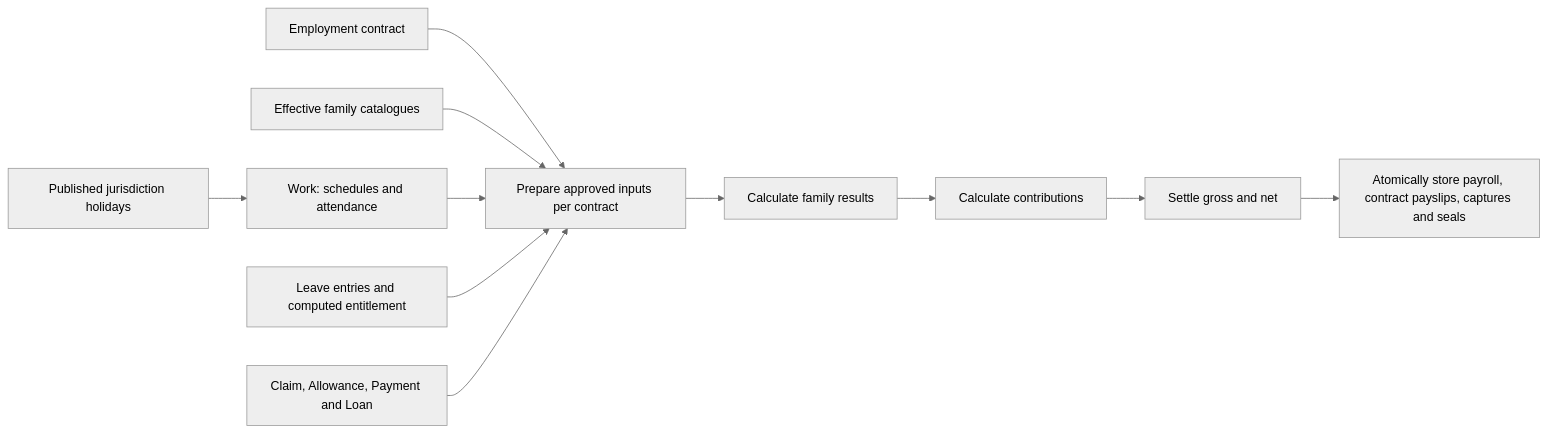
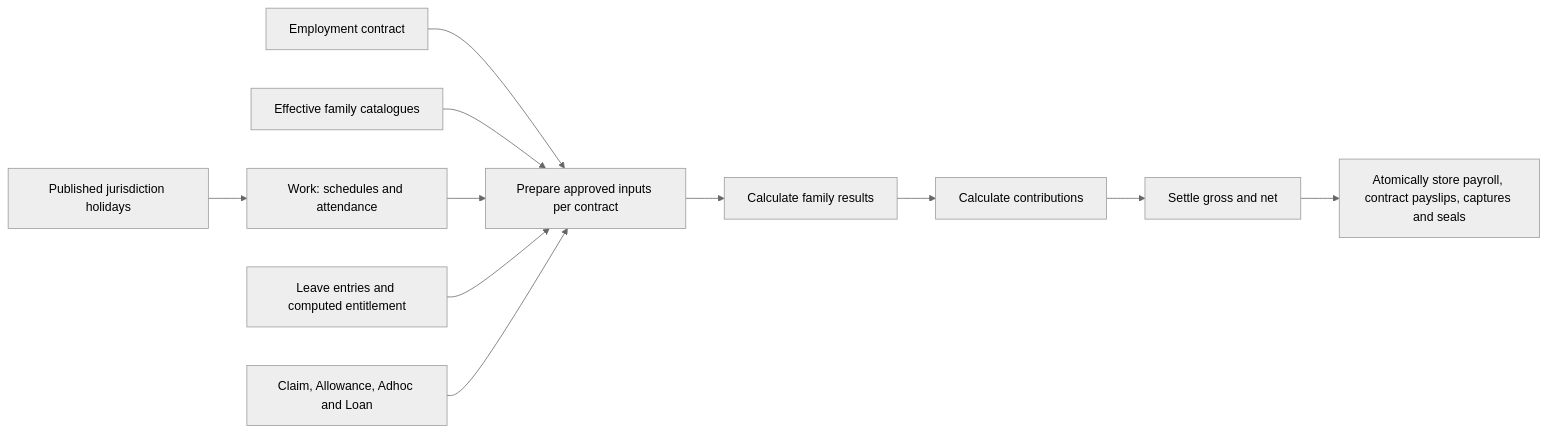
One commit to norbital-ai/templates changed the diagram in hr-payroll/README.md. Above: the diagram before and after it, drawn with Mermaid (neutral theme). The commit also changed other lines of this file and 15 other files, not shown here.

````diff
--- a/hr-payroll/README.md
+++ b/hr-payroll/README.md
@@ -19,13 +19,13 @@
 ```mermaid
 flowchart LR
     Contract[Employment contract] --> Prepare[Prepare approved inputs per contract]
     Catalog[Effective family catalogues] --> Prepare
     Holidays[Published jurisdiction holidays] --> Work[Work: schedules and attendance]
     Work --> Prepare
     Leave[Leave entries and computed entitlement] --> Prepare
-    Money[Claim, Allowance, Payment and Loan] --> Prepare
+    Money[Claim, Allowance, Adhoc and Loan] --> Prepare
     Prepare --> Calculate[Calculate family results]
     Calculate --> Contribution[Calculate contributions]
     Contribution --> Settle[Settle gross and net]
     Settle --> Commit[Atomically store payroll, contract payslips, captures and seals]
 ```
````
